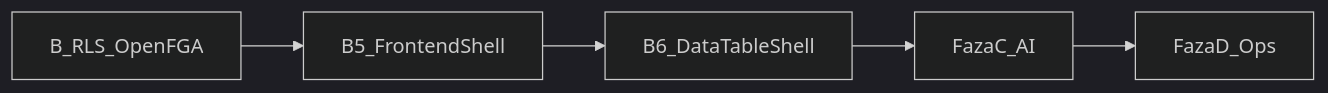
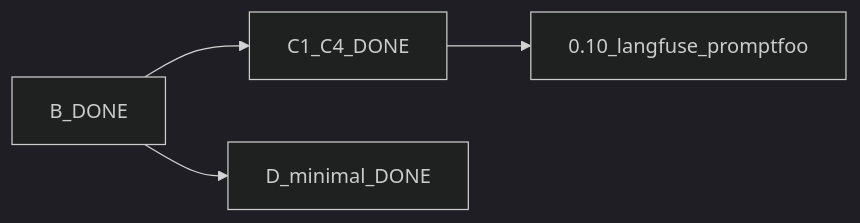
Before and after one commit to Spawn2018/OmniRoute: the diagram in docs/PLAN-REALIZACJA.md, drawn with Mermaid (dark theme). The commit also changed other lines of this file and 30 other files, not shown here.

````diff
--- a/docs/PLAN-REALIZACJA.md
+++ b/docs/PLAN-REALIZACJA.md
@@ -8,7 +8,6 @@
 ```mermaid
 flowchart LR
-  doneB[B_RLS_OpenFGA] --> b5[B5_FrontendShell]
-  b5 --> b6[B6_DataTableShell]
-  b6 --> phaseC[FazaC_AI]
-  phaseC --> phaseD[FazaD_Ops]
+  doneB[B_DONE] --> doneC[C1_C4_DONE]
+  doneC --> next[0.10_langfuse_promptfoo]
+  doneB --> doneD[D_minimal_DONE]
 ```
````
